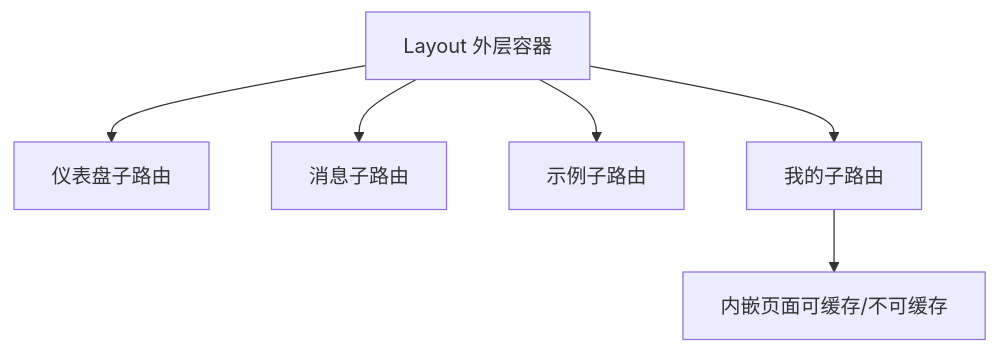
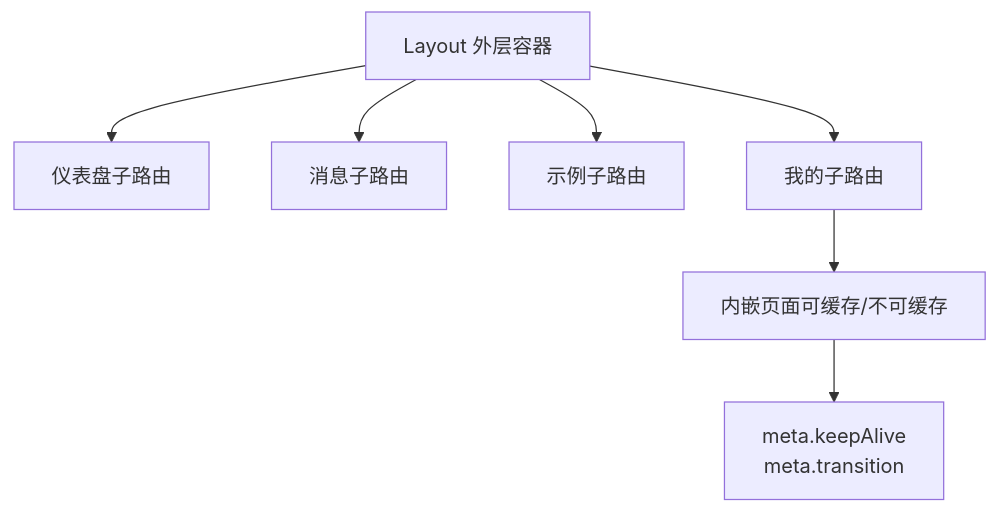
One commit to giserman001/vue3-vant4-mobile changed the fifth of 11 diagrams in .qoder/repowiki/zh/content/核心系统/路由系统.md. Above: the diagram before and after it, drawn with Mermaid. The commit also changed other lines of this file and 17 other files, not shown here.

First line of the commit message:
docs(icon-system): 补充微信风格图标系统文档及架构说明

````diff
--- a/.qoder/repowiki/zh/content/核心系统/路由系统.md
+++ b/.qoder/repowiki/zh/content/核心系统/路由系统.md
@@ -247,8 +289,9 @@
 ```mermaid
 flowchart TD
 Layout["Layout 外层容器"] --> Dashboard["仪表盘子路由"]
 Layout --> Message["消息子路由"]
 Layout --> Example["示例子路由"]
 Layout --> My["我的子路由"]
 My --> InnerPages["内嵌页面可缓存/不可缓存"]
+InnerPages --> Meta["meta.keepAlive<br/>meta.transition"]
 ```
````
